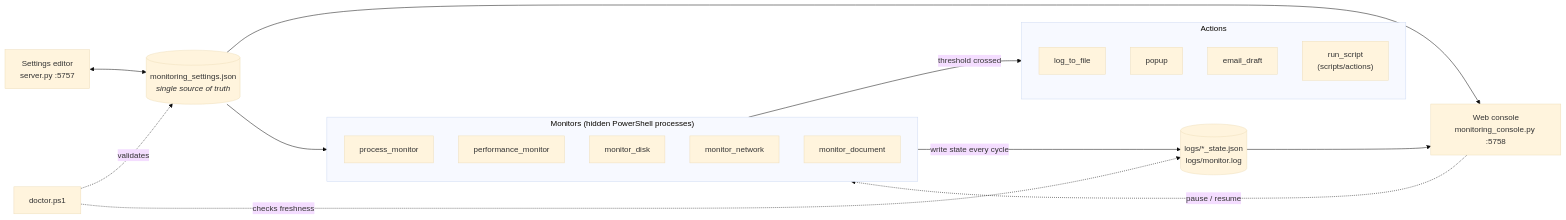
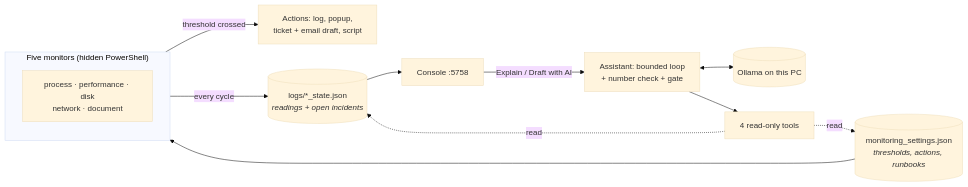
The diagram in README.md (carlosgild-web/windows-system-monitor), drawn with Mermaid (base theme) before and after one commit. The commit also changed other lines of this file and 53 other files, not shown here.

````diff
--- a/README.md
+++ b/README.md
@@ -58,36 +90,22 @@
 ```mermaid
 flowchart LR
-    cfg[("monitoring_settings.json<br/><i>single source of truth</i>")]
-
-    subgraph monitors["Monitors (hidden PowerShell processes)"]
-        direction TB
-        p[process_monitor]
-        perf[performance_monitor]
-        d[monitor_disk]
-        n[monitor_network]
-        e[monitor_document]
+    cfg[("monitoring_settings.json<br/><i>thresholds, actions, runbooks</i>")]
+    subgraph monitors["Five monitors (hidden PowerShell)"]
+        m["process · performance · disk<br/>network · document"]
     end
-
-    subgraph actions["Actions"]
-        direction TB
-        log[log_to_file]
-        pop[popup]
-        mail[email_draft]
-        run["run_script<br/>(scripts/actions)"]
-    end
-
-    state[("logs/*_state.json<br/>logs/monitor.log")]
-    console["Web console<br/>monitoring_console.py :5758"]
-    editor["Settings editor<br/>server.py :5757"]
-    doctor[doctor.ps1]
-
+    act["Actions: log, popup,<br/>ticket + email draft, script"]
+    state[("logs/*_state.json<br/><i>readings + open incidents</i>")]
+    console["Console :5758"]
+    agent["Assistant: bounded loop<br/>+ number check + gate"]
+    tools["4 read-only tools"]
+    ollama[("Ollama on this PC")]
     cfg --> monitors
-    monitors -- "threshold crossed" --> actions
-    monitors -- "write state every cycle" --> state
+    monitors -- "threshold crossed" --> act
+    monitors -- "every cycle" --> state
     state --> console
-    cfg --> console
-    console -. "pause / resume" .-> monitors
-    editor <--> cfg
-    doctor -. "validates" .-> cfg
-    doctor -. "checks freshness" .-> state
+    console -- "Explain / Draft with AI" --> agent
+    agent <--> ollama
+    agent --> tools
+    tools -. "read" .-> state
+    tools -. "read" .-> cfg
 ```
````
